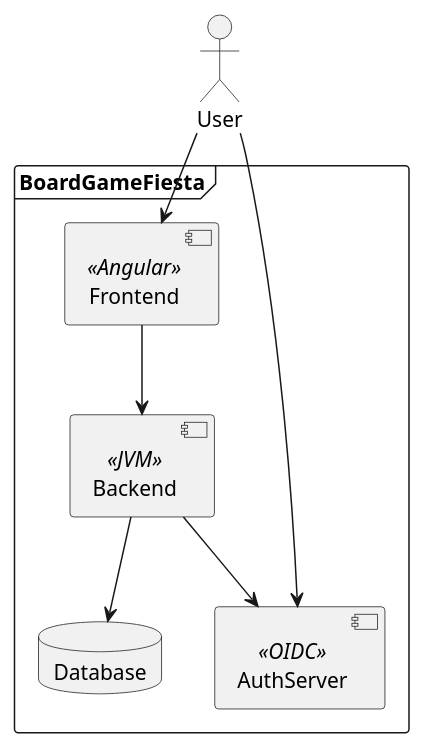
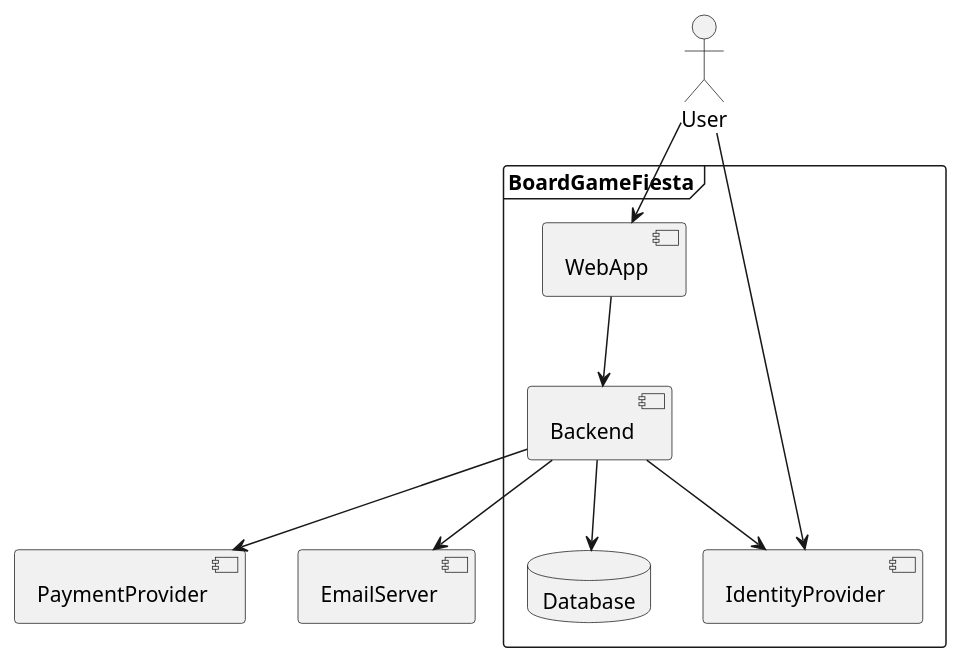
Before and after one commit to tomwetjens/boardgamefiesta: the diagram in docs/diagrams/container.puml, drawn with PlantUML. The commit also changed 2 other files, not shown here.

Commit message:
Update diagrams

```diff
--- a/docs/diagrams/container.puml
+++ b/docs/diagrams/container.puml
@@ -1,14 +1,16 @@
 @startuml
 actor User
 frame BoardGameFiesta {
-    component Frontend <<Angular>>
-    component Backend <<JVM>>
-    component AuthServer <<OIDC>>
+    component WebApp
+    component Backend
+    component IdentityProvider
     database Database
-    Frontend --> Backend
+    WebApp --> Backend
     Backend --> Database
-    Backend --> AuthServer
+    Backend --> IdentityProvider
 }
-User --> Frontend
-User --> AuthServer
+User --> WebApp
+User --> IdentityProvider
+Backend --> [PaymentProvider]
+Backend --> [EmailServer]
 @enduml
```
